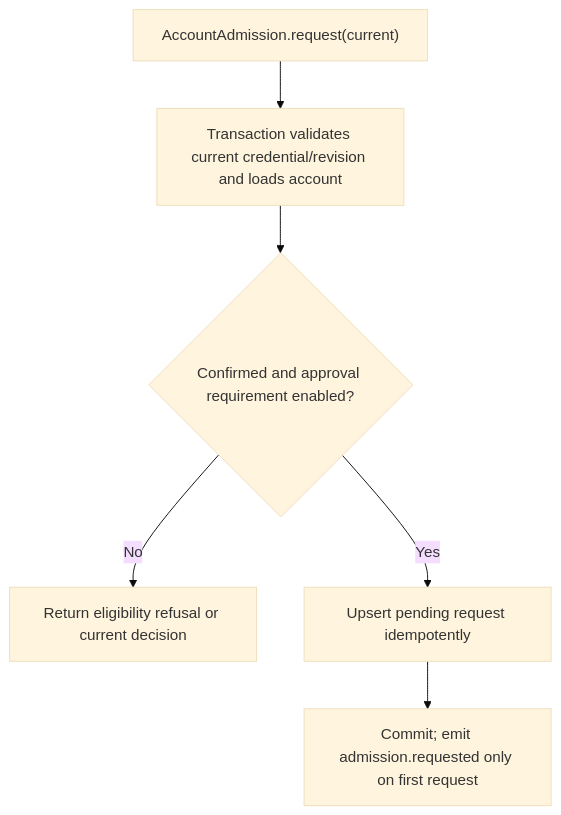
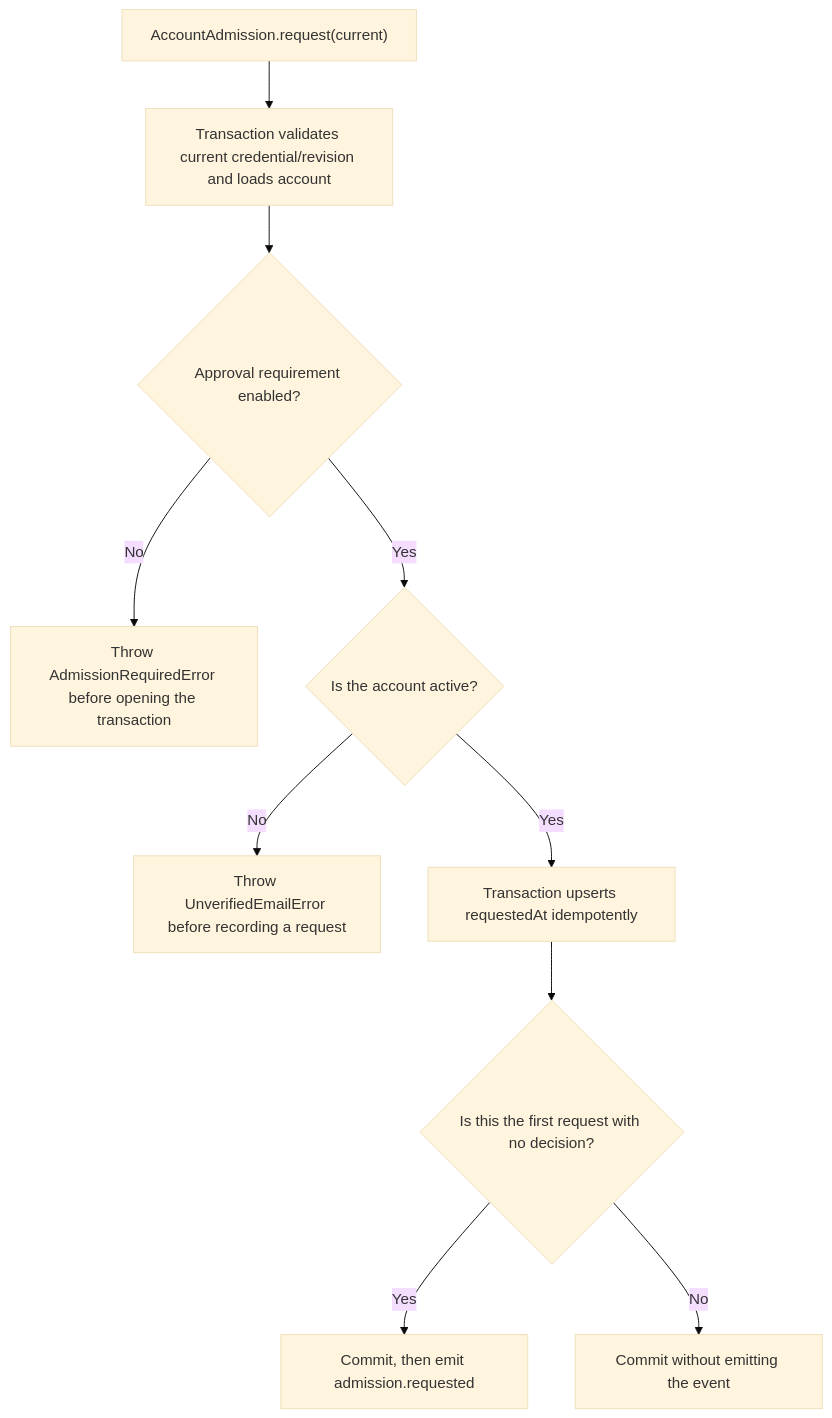
Before and after one commit to Kevinjohn/oss-adonisjs-account-kit: the second of 2 diagrams in user-stories/US-ACCOUNT-24-request-admission.md, drawn with Mermaid (base theme). The commit also changed 15 other files, not shown here.

````diff
--- a/user-stories/US-ACCOUNT-24-request-admission.md
+++ b/user-stories/US-ACCOUNT-24-request-admission.md
@@ -34,8 +34,12 @@
 ```mermaid
 flowchart TD
  A["AccountAdmission.request(current)"] --> B["Transaction validates current credential/revision and loads account"]
- B --> C{"Confirmed and approval requirement enabled?"}
- C -->|No| D["Return eligibility refusal or current decision"]
- C -->|Yes| E["Upsert pending request idempotently"]
- E --> F["Commit; emit admission.requested only on first request"]
+ B --> C{"Approval requirement enabled?"}
+ C -->|No| D["Throw AdmissionRequiredError before opening the transaction"]
+ C -->|Yes| E{"Is the account active?"}
+ E -->|No| F["Throw UnverifiedEmailError before recording a request"]
+ E -->|Yes| G["Transaction upserts requestedAt idempotently"]
+ G --> H{"Is this the first request with no decision?"}
+ H -->|Yes| I["Commit, then emit admission.requested"]
+ H -->|No| J["Commit without emitting the event"]
 ```
````
